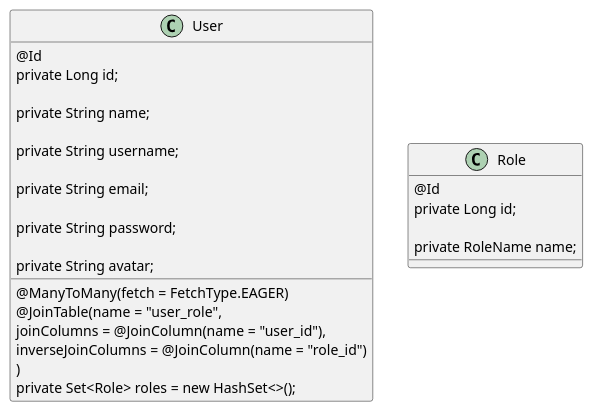
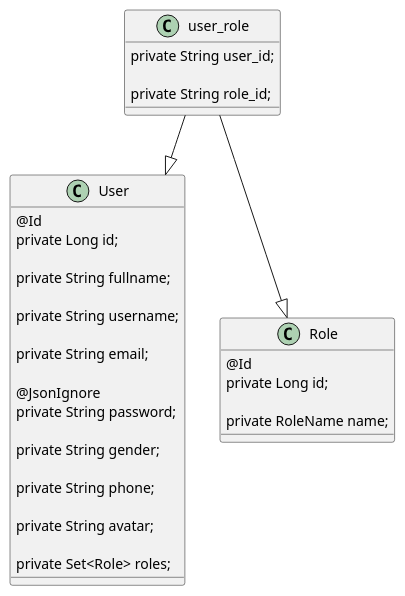
One commit to hoangtien2k3/ecommerce-microservices changed the diagram in user-service/database.plantuml. Above: the diagram before and after it, drawn with PlantUML. The commit also changed 2 other files, not shown here.

```diff
--- a/user-service/database.plantuml
+++ b/user-service/database.plantuml
@@ -1,38 +1,50 @@
 @startuml
 
 class User {
 
     @Id
     private Long id;
 
-    private String name;
+    private String fullname;
 
     private String username;
 
     private String email;
 
+    @JsonIgnore
     private String password;
+
+    private String gender;
+
+    private String phone;
 
     private String avatar;
 
-    @ManyToMany(fetch = FetchType.EAGER)
-    @JoinTable(name = "user_role",
-            joinColumns = @JoinColumn(name = "user_id"),
-            inverseJoinColumns = @JoinColumn(name = "role_id")
-    )
-    private Set<Role> roles = new HashSet<>();
+    private Set<Role> roles;
 
 }
+
+class user_role {
+
+    private String user_id;
+
+    private String role_id;
+
+}
+
 
 class Role {
 
     @Id
     private Long id;
 
     private RoleName name;
 
 }
 
 
+user_role --|> Role
+
+user_role --|> User
 
 @enduml
```
